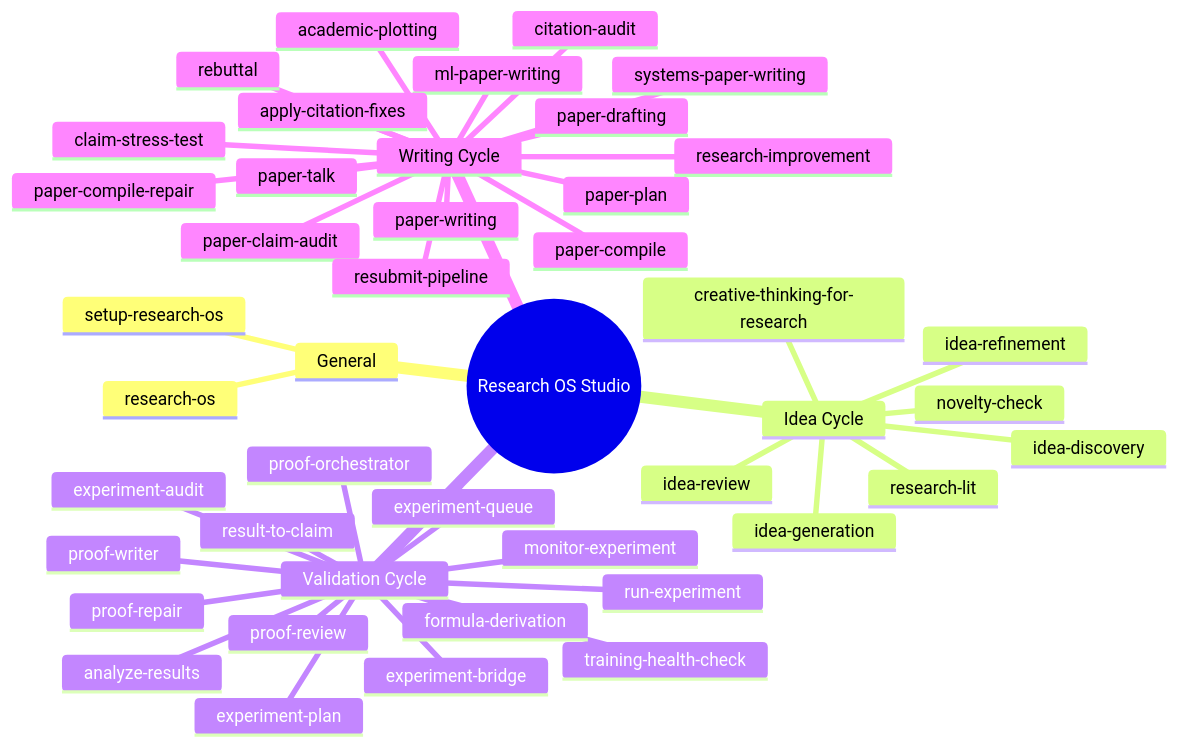
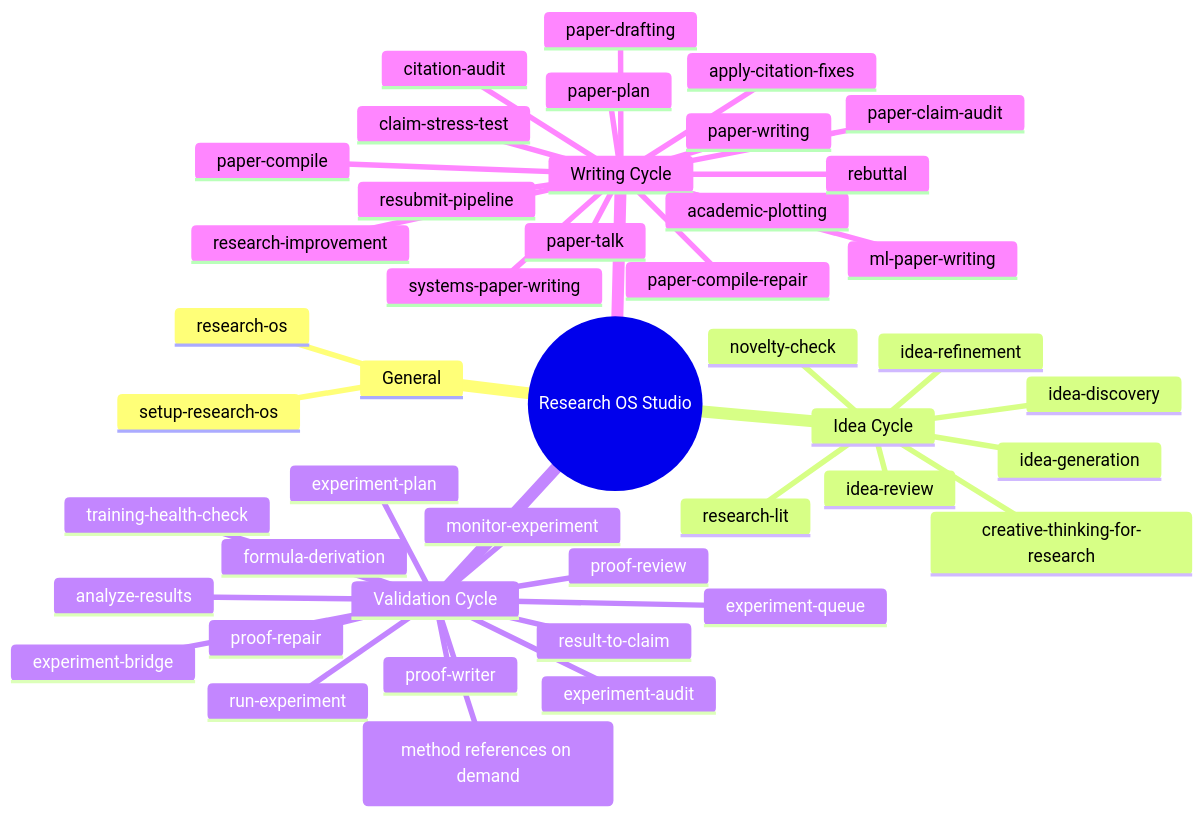
The second of 3 diagrams in docs/assets/workflow-diagrams.md (toRolex/Research-OS-Studio), drawn with Mermaid before and after one commit. The commit also changed 35 other files, not shown here.

Commit message:
refactor: retire proof orchestrator controller

````diff
--- a/docs/assets/workflow-diagrams.md
+++ b/docs/assets/workflow-diagrams.md
@@ -51,47 +51,47 @@
 ```mermaid
 mindmap
   root((Research OS Studio))
     General
       setup-research-os
       research-os
     Idea Cycle
       idea-discovery
       research-lit
       idea-generation
       creative-thinking-for-research
       novelty-check
       idea-review
       idea-refinement
     Validation Cycle
       experiment-plan
       experiment-bridge
       run-experiment
       experiment-queue
       monitor-experiment
       training-health-check
       analyze-results
       experiment-audit
       result-to-claim
       formula-derivation
       proof-writer
       proof-review
       proof-repair
-      proof-orchestrator
+      /research-os proof (method references on demand)
     Writing Cycle
       paper-writing
       ml-paper-writing
       systems-paper-writing
       paper-plan
       paper-drafting
       academic-plotting
       paper-compile
       paper-compile-repair
       citation-audit
       apply-citation-fixes
       paper-claim-audit
       claim-stress-test
       research-improvement
       rebuttal
       resubmit-pipeline
       paper-talk
 ```
````
